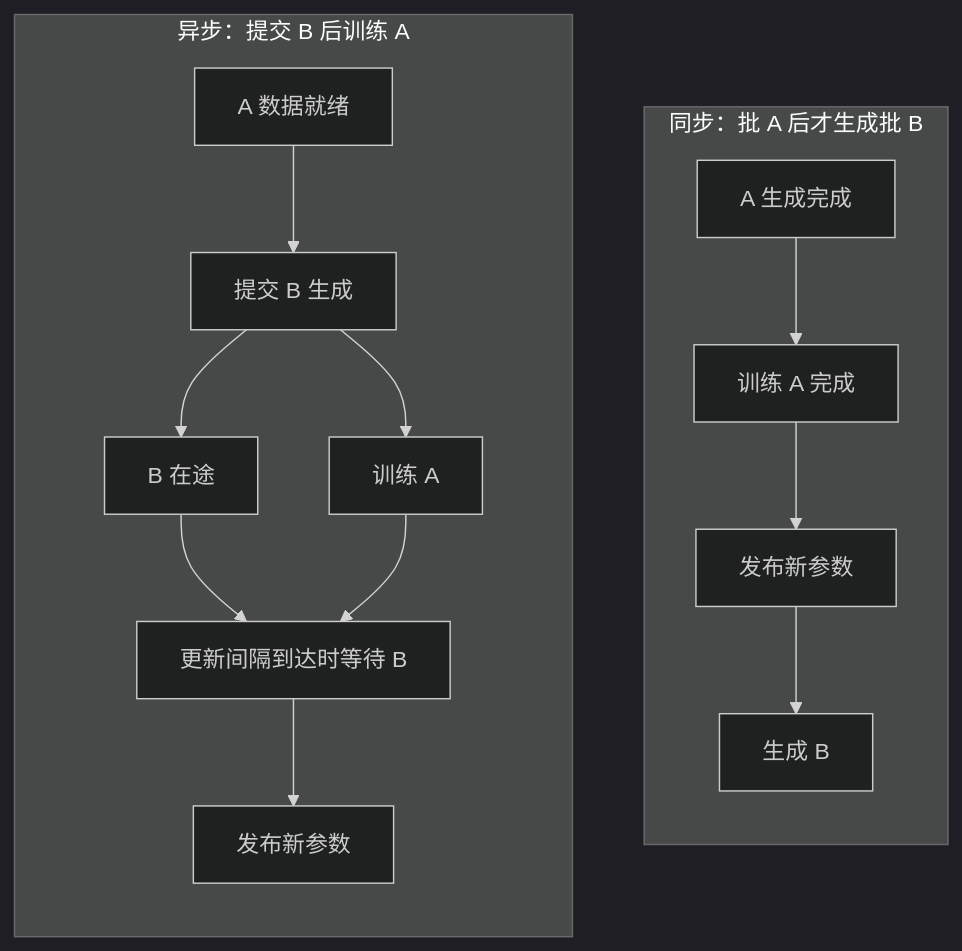
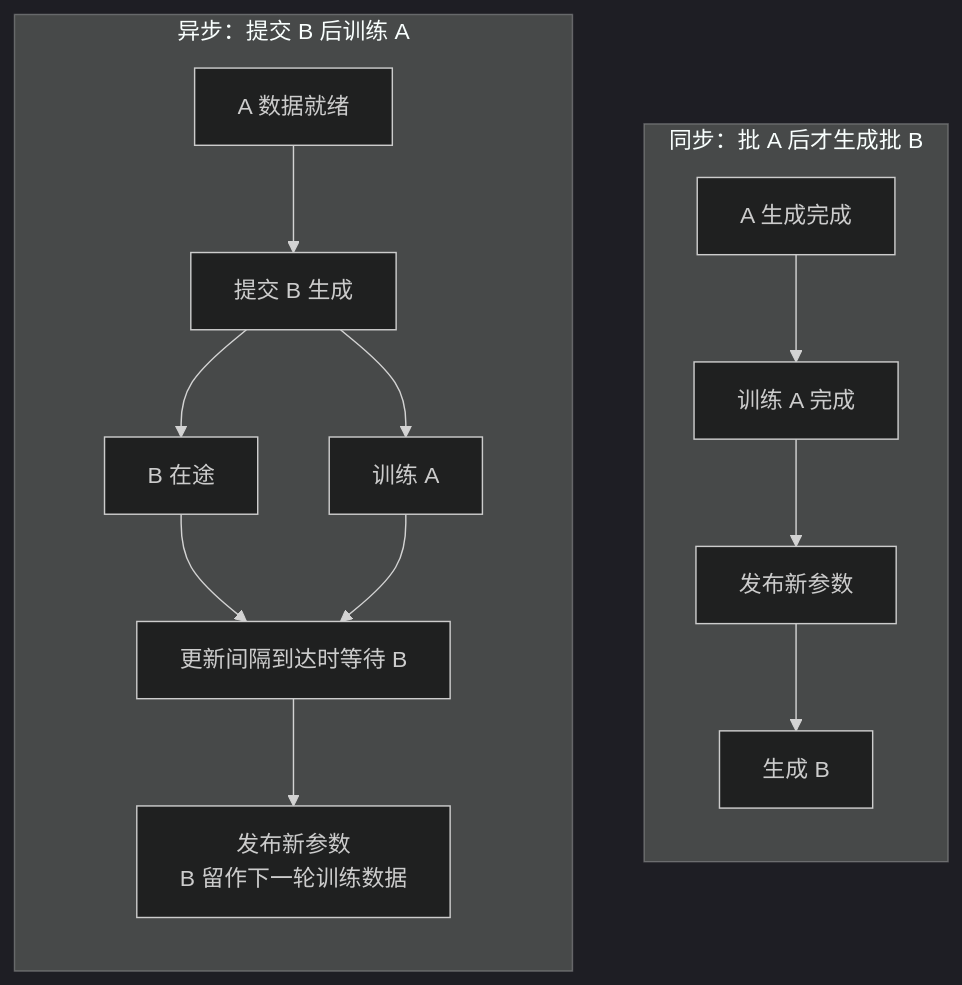
The third of 11 diagrams in wiki/02_engineering/04_posttrain_frameworks/slime/01_slime_architecture_overview_analysis.md (suhaibo666/llm-knowledge), drawn with Mermaid (dark theme) before and after one commit. The commit also changed other lines of this file and 223 other files, not shown here.

````diff
--- a/wiki/02_engineering/04_posttrain_frameworks/slime/01_slime_architecture_overview_analysis.md
+++ b/wiki/02_engineering/04_posttrain_frameworks/slime/01_slime_architecture_overview_analysis.md
@@ -212,16 +273,16 @@
 ```mermaid
 flowchart TB
     subgraph Sync["同步：批 A 后才生成批 B"]
         direction TB
         A["A 生成完成"] --> AT["训练 A 完成"] --> AW["发布新参数"] --> B["生成 B"]
     end
     subgraph Async["异步：提交 B 后训练 A"]
         direction TB
         Ready["A 数据就绪"] --> Submit["提交 B 生成"]
         Submit --> BT["B 在途"]
         Submit --> TrainA["训练 A"]
         BT --> Join["更新间隔到达时等待 B"]
         TrainA --> Join
-        Join --> Publish["发布新参数"]
+        Join --> Publish["发布新参数<br/>B 留作下一轮训练数据"]
     end
 ```
````
